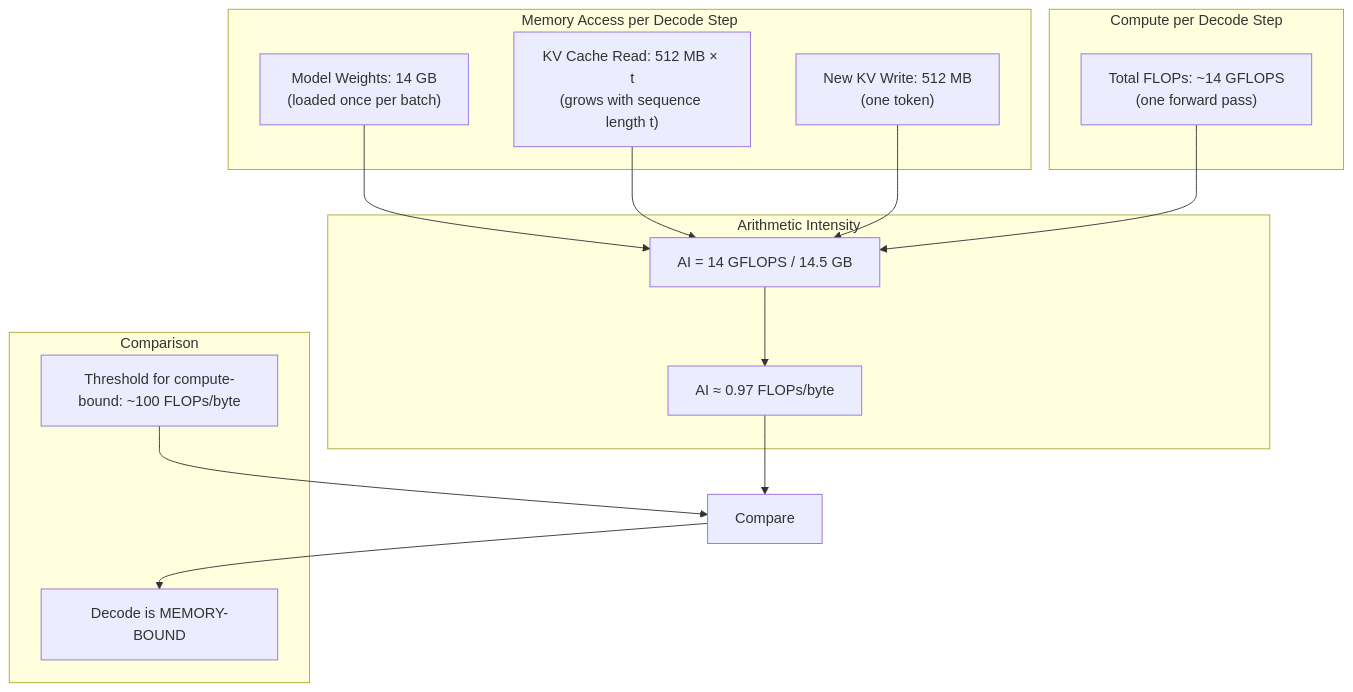
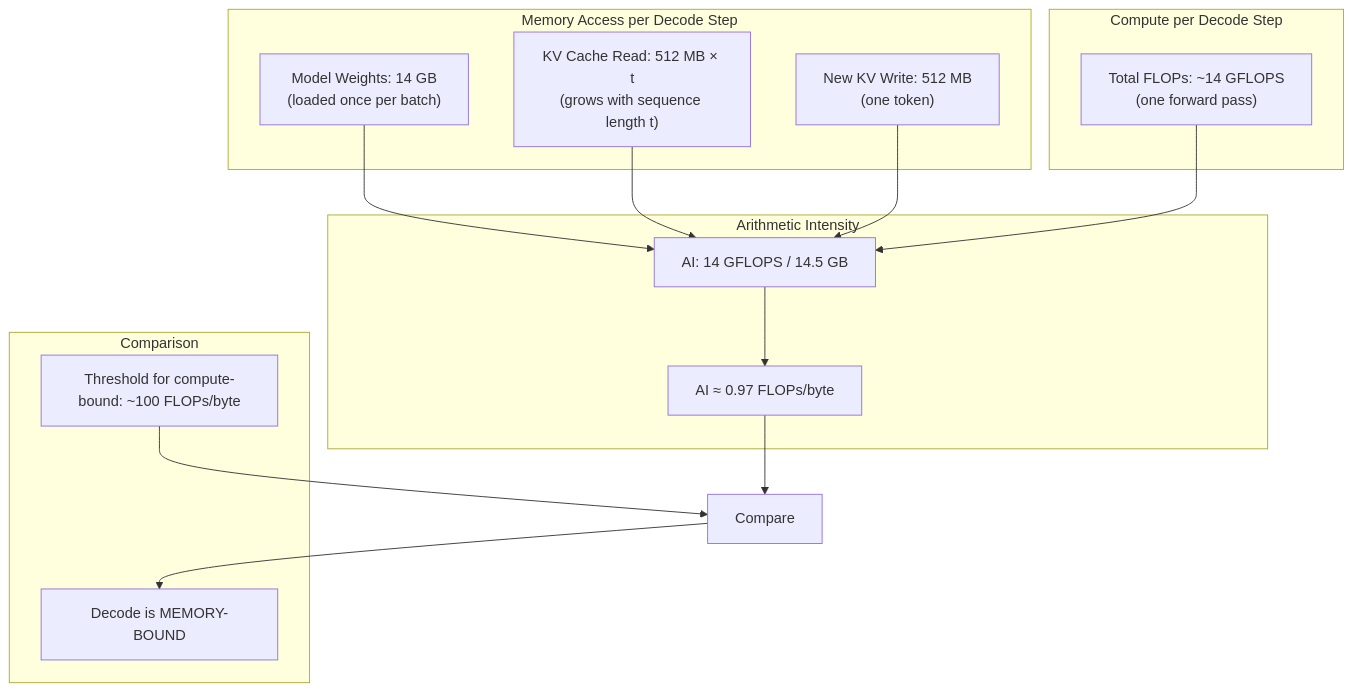
Diagram 20 of 37 in lab0.2/lab02.md (Shahriarin2garden/vllm_from_scratch), drawn with Mermaid before and after one commit. The commit also changed other lines of this file and 2 other files, not shown here.

Commit message:
Refactor diagrams in README.md and lab0.2final.md for clarity and consistency

````diff
--- a/lab0.2/lab02.md
+++ b/lab0.2/lab02.md
@@ -705,25 +705,25 @@
 ```mermaid
 graph TD
     subgraph "Memory Access per Decode Step"
         Weights["Model Weights: 14 GB<br/>(loaded once per batch)"]
         KVRead["KV Cache Read: 512 MB × t<br/>(grows with sequence length t)"]
         KVWrite["New KV Write: 512 MB<br/>(one token)"]
     end
     subgraph "Compute per Decode Step"
         FLOPS["Total FLOPs: ~14 GFLOPS<br/>(one forward pass)"]
     end
     subgraph "Arithmetic Intensity"
-        AI_calc["AI = 14 GFLOPS / 14.5 GB"]
+        AI_calc["AI: 14 GFLOPS / 14.5 GB"]
         AI_val["AI ≈ 0.97 FLOPs/byte"]
     end
     subgraph "Comparison"
         Threshold["Threshold for compute-bound: ~100 FLOPs/byte"]
         Conclusion["Decode is MEMORY-BOUND"]
     end
     Weights & KVRead & KVWrite --> AI_calc
     FLOPS --> AI_calc
     AI_calc --> AI_val
     AI_val --> Compare["Compare"]
     Threshold --> Compare
     Compare --> Conclusion
 ```
````
